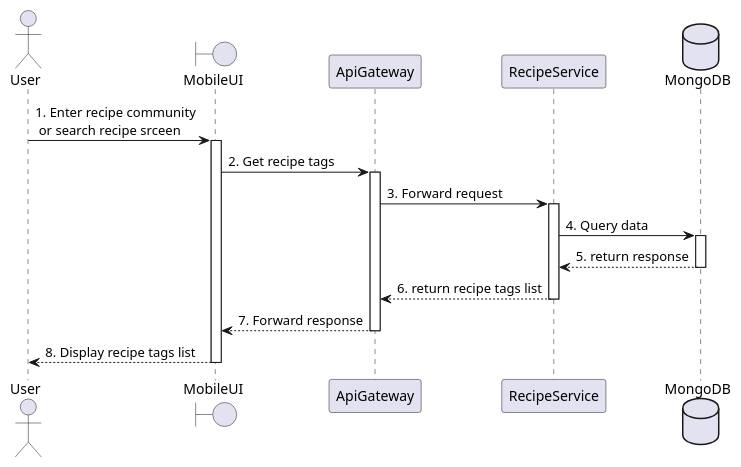
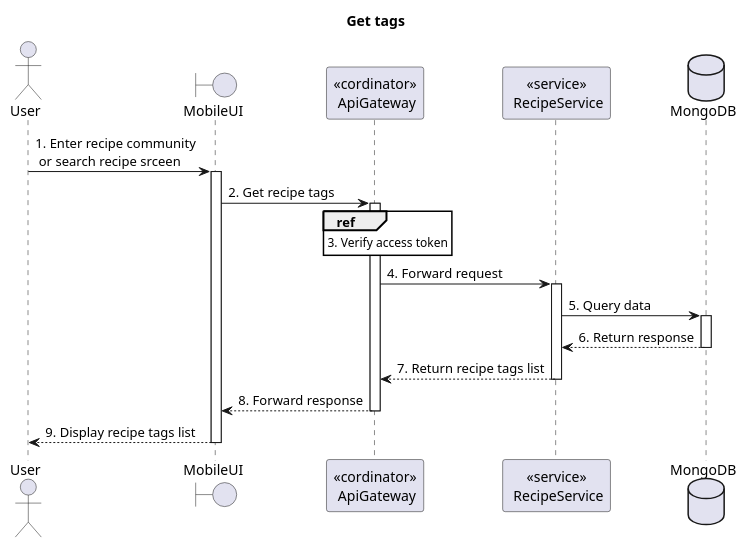
One commit to Carl-Johnsons/tastopia changed the diagram in doc/SDS/Recipe/Get tags/Sequence.plantuml. Above: the diagram before and after it, drawn with PlantUML. The commit also changed 10 other files, not shown here.

Commit message:
doc: update recipe sequences, add user, tracking sequences

```diff
--- a/doc/SDS/Recipe/Get tags/Sequence.plantuml
+++ b/doc/SDS/Recipe/Get tags/Sequence.plantuml
@@ -1,30 +1,33 @@
-@startuml GetTag
+@startuml GetTags
+title "Get tags"
+' Style section
+<style>
+  sequenceDiagram {
+    reference {
+      BackGroundColor white
+    }
+}
+</style>
+
 actor User
 boundary MobileUI
-participant ApiGateway
-participant RecipeService
+participant "<<cordinator>>\n ApiGateway" as ApiGateway
+participant "<<service>>\n RecipeService" as RecipeService
 database MongoDB
 
-User -> MobileUI: 1. Enter recipe community \n or search recipe srceen
-activate MobileUI
+User -> MobileUI++: 1. Enter recipe community \n or search recipe srceen
 
-MobileUI -> ApiGateway: 2. Get recipe tags
-activate ApiGateway
+MobileUI -> ApiGateway++: 2. Get recipe tags
 
-ApiGateway -> RecipeService: 3. Forward request
-activate RecipeService
+ref over ApiGateway: 3. Verify access token
 
-database MongoDB
-RecipeService -> MongoDB: 4. Query data
-activate MongoDB
-RecipeService <-- MongoDB: 5. return response
-deactivate MongoDB
+ApiGateway -> RecipeService++: 4. Forward request
 
-ApiGateway <-- RecipeService: 6. return recipe tags list
-deactivate RecipeService
-MobileUI <-- ApiGateway: 7. Forward response
-deactivate ApiGateway
-User <-- MobileUI: 8. Display recipe tags list
-deactivate MobileUI
+RecipeService -> MongoDB++: 5. Query data
+RecipeService <-- MongoDB--: 6. Return response
+
+ApiGateway <-- RecipeService--: 7. Return recipe tags list
+MobileUI <-- ApiGateway--: 8. Forward response
+User <-- MobileUI--: 9. Display recipe tags list
 
 @enduml
```
